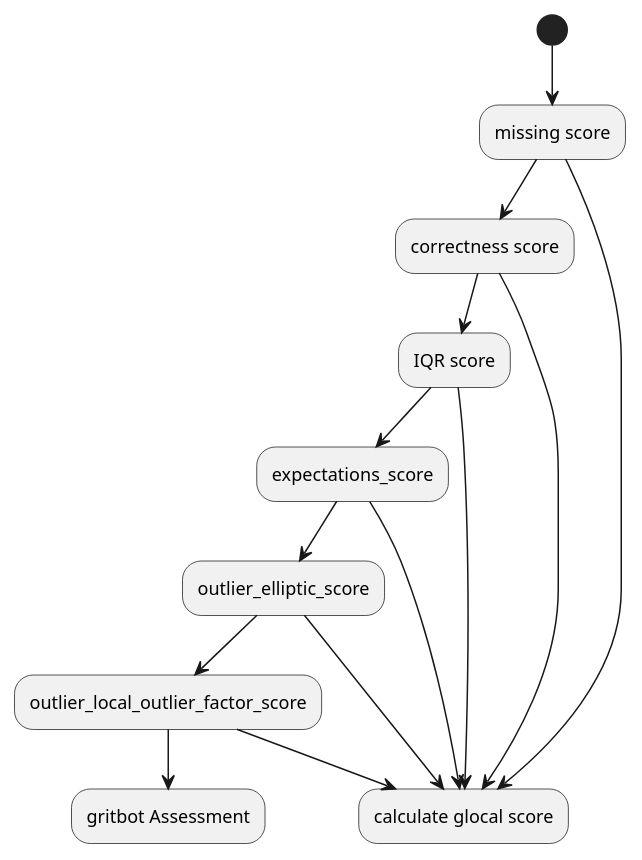
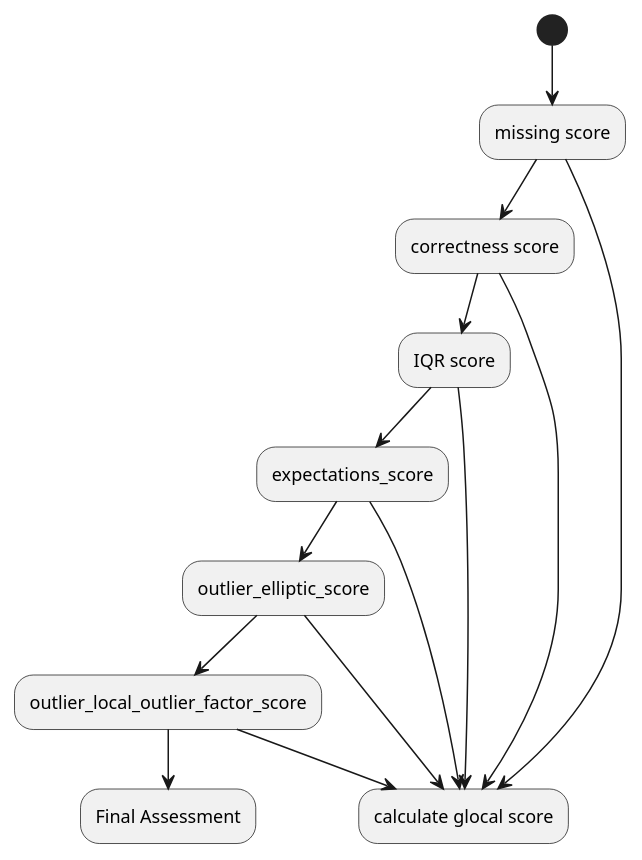
One commit to joofio/docker-ml-data-quality changed the diagram in workflow.plantuml. Above: the diagram before and after it, drawn with PlantUML. The commit also changed 1 other file, not shown here.

```diff
--- a/workflow.plantuml
+++ b/workflow.plantuml
@@ -1,30 +1,30 @@
 @startuml
 (*) --> "missing score"
 
 "missing score" --> "correctness score"
 
 "missing score" --> "calculate glocal score"
 
 
 "correctness score" --> "IQR score"
 
 "correctness score" --> "calculate glocal score"
 
 "IQR score" --> "expectations_score"
 
 "IQR score" --> "calculate glocal score"
 
 "expectations_score" --> "outlier_elliptic_score"
 
 "expectations_score" --> "calculate glocal score"
 
 "outlier_elliptic_score" --> "outlier_local_outlier_factor_score"
 
-"outlier_local_outlier_factor_score" --> "gritbot Assessment"
+"outlier_local_outlier_factor_score" --> "Final Assessment"
 
 "outlier_elliptic_score" -->  "calculate glocal score"
 
 "outlier_local_outlier_factor_score" -->  "calculate glocal score"
 
 
 @enduml
```
